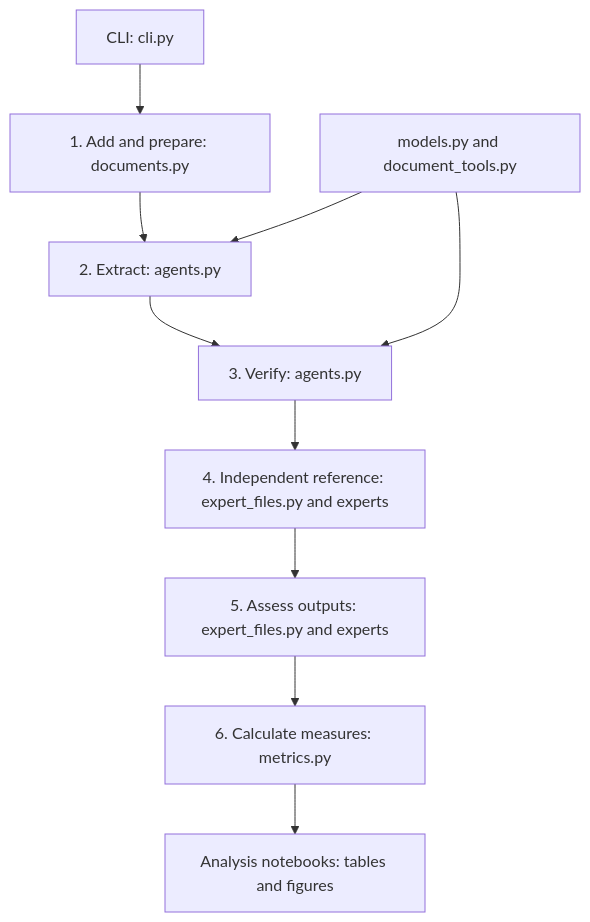
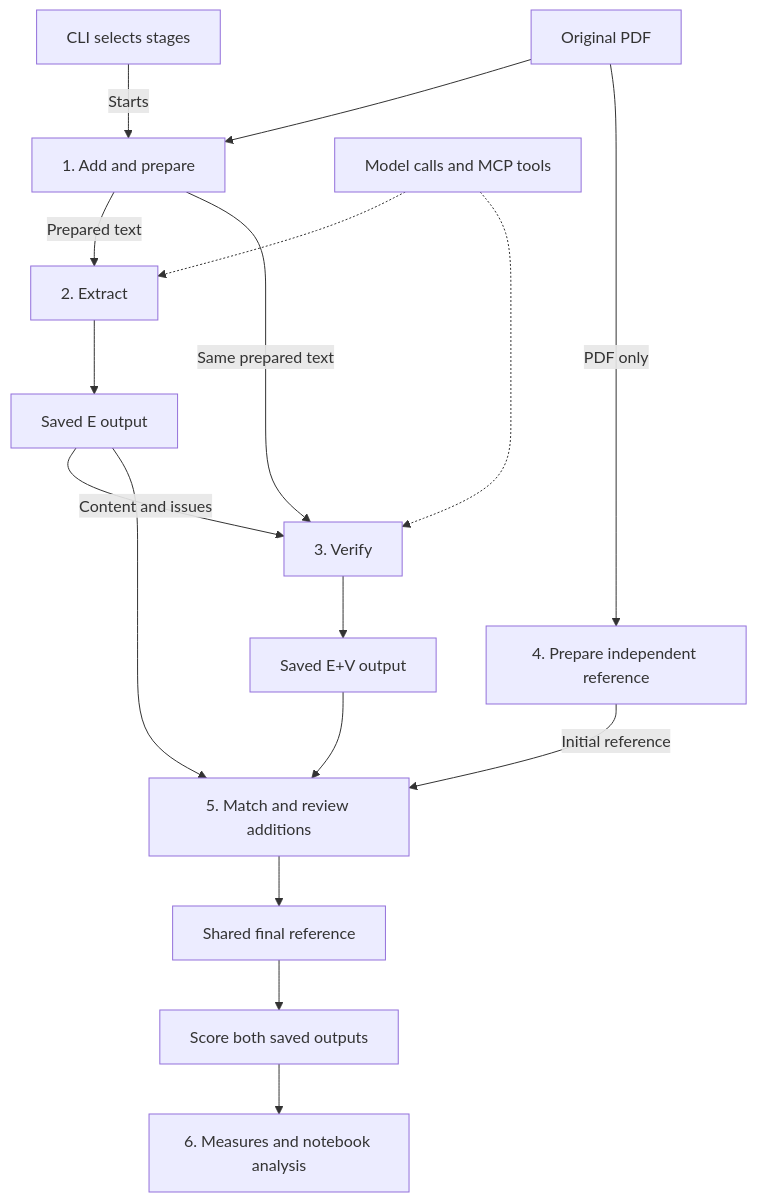
Before and after one commit to nabigac/heat_adaptation_llm_dataset: the diagram in DESIGN.md, drawn with Mermaid. The commit also changed other lines of this file, not shown here.

Commit message:
Clarify workflow diagram and independent reference assessment

````diff
--- a/DESIGN.md
+++ b/DESIGN.md
@@ -146,12 +146,19 @@
 ```mermaid
 flowchart TD
-    cli["CLI: cli.py"] --> prepare["1. Add and prepare: documents.py"]
-    prepare --> extract["2. Extract: agents.py"]
-    extract --> verify["3. Verify: agents.py"]
-    verify --> reference["4. Independent reference: expert_files.py and experts"]
-    reference --> assessment["5. Assess outputs: expert_files.py and experts"]
-    assessment --> measures["6. Calculate measures: metrics.py"]
-    measures --> notebooks["Analysis notebooks: tables and figures"]
-    modelTools["models.py and document_tools.py"] --> extract
-    modelTools --> verify
+    cli["CLI selects stages"] -->|"Starts"| prepare["1. Add and prepare"]
+    pdf["Original PDF"] --> prepare
+    prepare -->|"Prepared text"| extract["2. Extract"]
+    prepare -->|"Same prepared text"| verify["3. Verify"]
+    extract --> eOutput["Saved E output"]
+    eOutput -->|"Content and issues"| verify
+    verify --> evOutput["Saved E+V output"]
+    pdf -->|"PDF only"| reference["4. Prepare independent reference"]
+    reference -->|"Initial reference"| assessment["5. Match and review additions"]
+    eOutput --> assessment
+    evOutput --> assessment
+    assessment --> finalReference["Shared final reference"]
+    finalReference --> scoring["Score both saved outputs"]
+    scoring --> analysis["6. Measures and notebook analysis"]
+    sharedSupport["Model calls and MCP tools"] -.-> extract
+    sharedSupport -.-> verify
 ```
````
